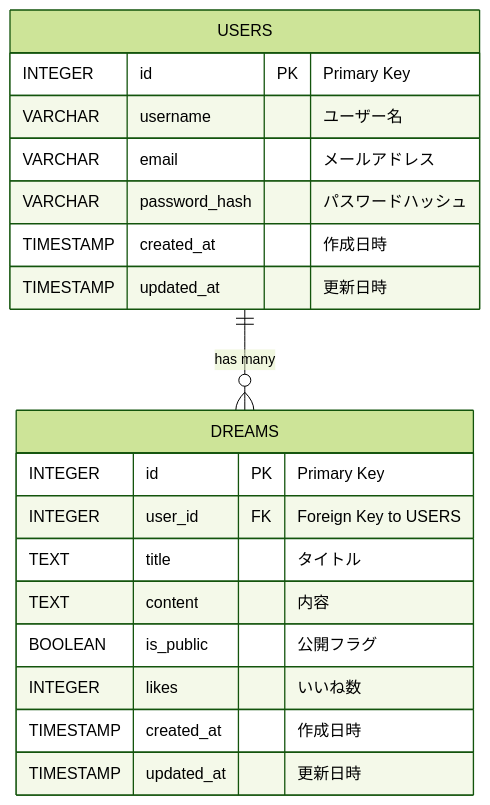
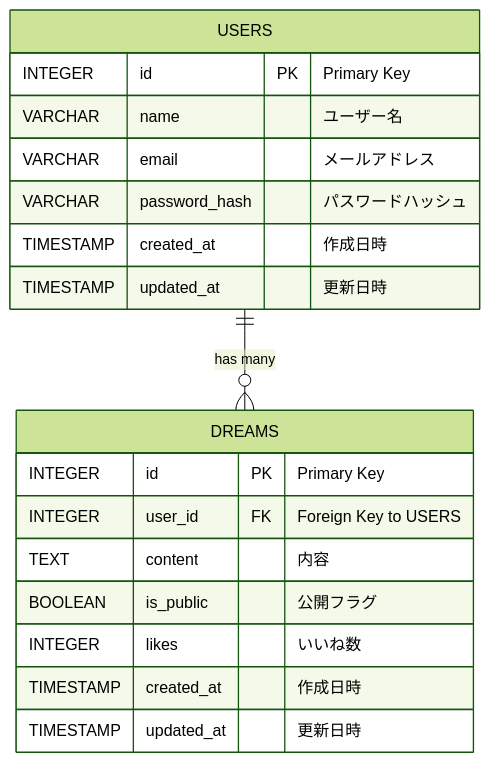
The diagram in README.md (JS-Ninjaaaa/dream-base), drawn with Mermaid (forest theme) before and after one commit. The commit also changed 1 other file, not shown here.

Commit message:
Update table schema in readme

````diff
--- a/README.md
+++ b/README.md
@@ -34,22 +34,21 @@
 ```mermaid
 erDiagram
     USERS {
         INTEGER id PK "Primary Key"
-        VARCHAR username "ユーザー名"
+        VARCHAR name "ユーザー名"
         VARCHAR email "メールアドレス"
         VARCHAR password_hash "パスワードハッシュ"
         TIMESTAMP created_at "作成日時"
         TIMESTAMP updated_at "更新日時"
     }
     DREAMS {
         INTEGER id PK "Primary Key"
         INTEGER user_id FK "Foreign Key to USERS"
-        TEXT title "タイトル"
         TEXT content "内容"
         BOOLEAN is_public "公開フラグ"
         INTEGER likes "いいね数"
         TIMESTAMP created_at "作成日時"
         TIMESTAMP updated_at "更新日時"
     }
     USERS ||--o{ DREAMS : "has many"
 ```
````
